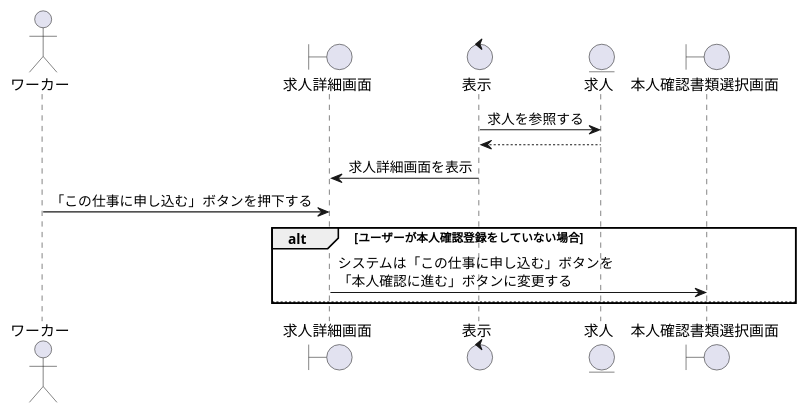
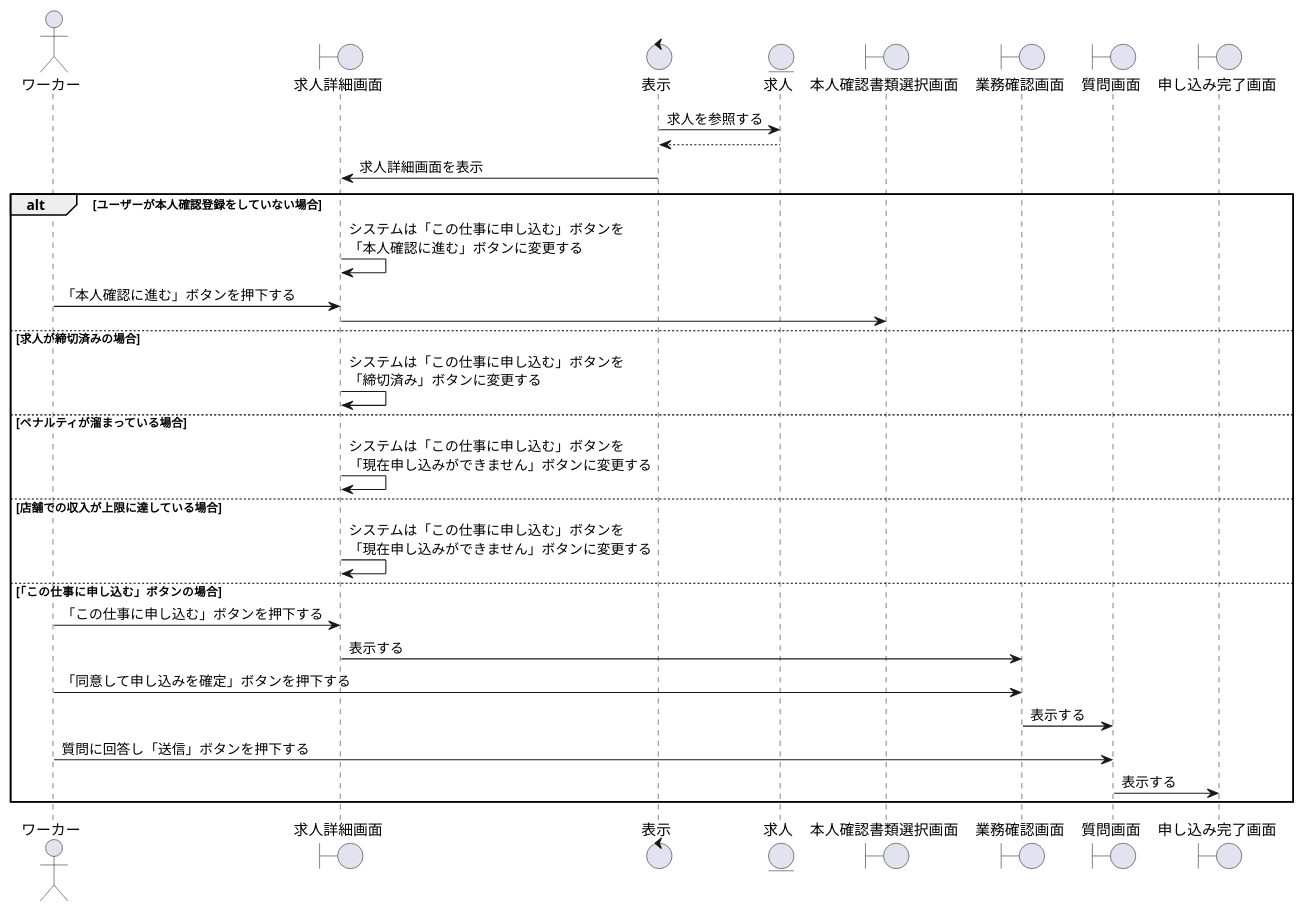
The diagram in sequence_fig/2_search_fn/10_応募の申し込みをする.pu (irukacb256/high_Me), drawn with PlantUML before and after one commit. The commit also changed 3 other files, not shown here.

```diff
--- a/sequence_fig/2_search_fn/10_応募の申し込みをする.pu
+++ b/sequence_fig/2_search_fn/10_応募の申し込みをする.pu
@@ -1,24 +1,43 @@
 @startuml 応募の申し込みをする
 
 ' 1
 actor ワーカー as wo1
 boundary 求人詳細画面 as jd1
 control 表示 as co1
 entity 求人 as en1
 boundary 本人確認書類選択画面 as iv1
+boundary 業務確認画面 as bc1
+boundary 質問画面 as qu1
+boundary 申し込み完了画面 as ac1
 
 ' 2
 co1 -> en1 : 求人を参照する
 en1 --> co1 
 
 co1 -> jd1 : 求人詳細画面を表示
 
-wo1 -> jd1 : 「この仕事に申し込む」ボタンを押下する
+alt ユーザーが本人確認登録をしていない場合
+    jd1 -> jd1 : システムは「この仕事に申し込む」ボタンを\n「本人確認に進む」ボタンに変更する
+    wo1 -> jd1 : 「本人確認に進む」ボタンを押下する
+    jd1 -> iv1 : 
 
-alt ユーザーが本人確認登録をしていない場合
-    jd1 -> iv1 : システムは「この仕事に申し込む」ボタンを\n「本人確認に進む」ボタンに変更する
+else 求人が締切済みの場合
+    jd1 -> jd1 : システムは「この仕事に申し込む」ボタンを\n「締切済み」ボタンに変更する
 
-else 
+else ペナルティが溜まっている場合
+    jd1 -> jd1 : システムは「この仕事に申し込む」ボタンを\n「現在申し込みができません」ボタンに変更する
+
+else 店舗での収入が上限に達している場合
+    jd1 -> jd1 : システムは「この仕事に申し込む」ボタンを\n「現在申し込みができません」ボタンに変更する
+
+else 「この仕事に申し込む」ボタンの場合
+    wo1 -> jd1 : 「この仕事に申し込む」ボタンを押下する
+    jd1 -> bc1 : 表示する
+    wo1 -> bc1 : 「同意して申し込みを確定」ボタンを押下する
+    bc1 -> qu1 : 表示する
+    wo1 -> qu1 : 質問に回答し「送信」ボタンを押下する
+    qu1 -> ac1 : 表示する
+
 end
 
 @enduml
```
